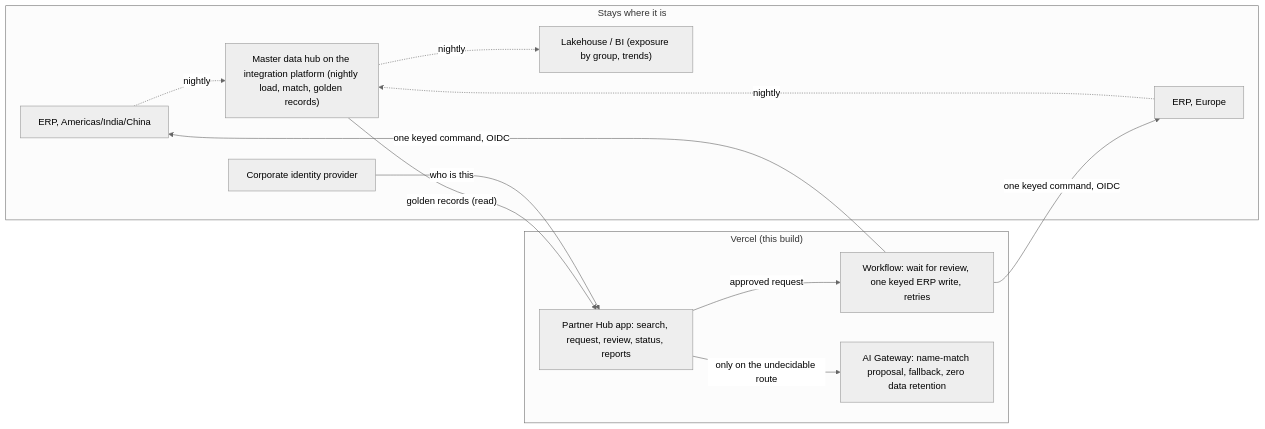
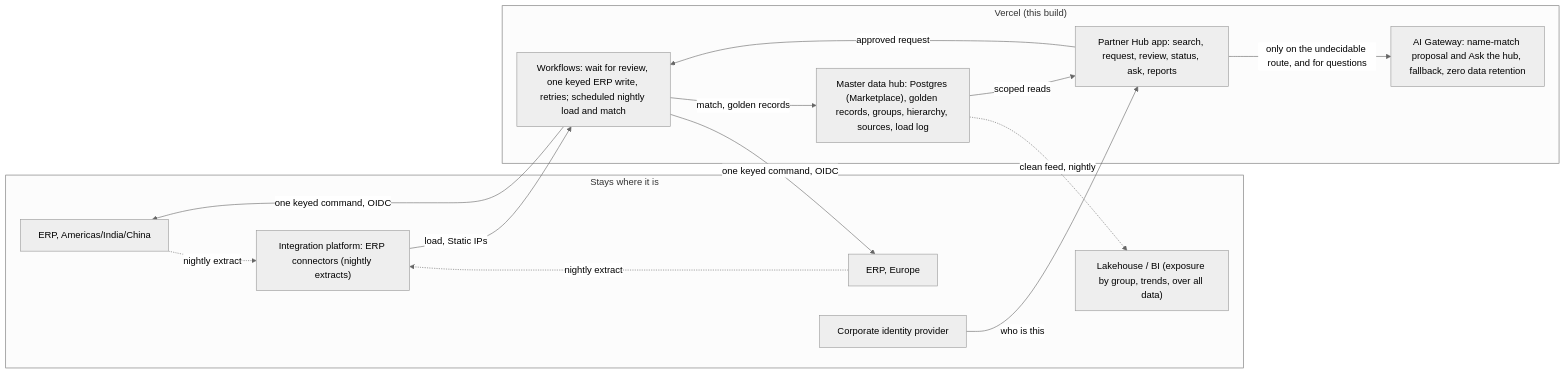
Before and after one commit to anikeitvadi/nordhammar-partner-hub: the diagram in DECISIONS.md, drawn with Mermaid (neutral theme). The commit also changed other lines of this file and 23 other files, not shown here.

First line of the commit message:
the hub is the product: generic names, the MDH boundary, reporting questions on the hub

````diff
--- a/DECISIONS.md
+++ b/DECISIONS.md
@@ -19,24 +19,27 @@
 ```mermaid
 flowchart LR
   subgraph stays["Stays where it is"]
     ERP1["ERP, Americas/India/China"]
     ERP2["ERP, Europe"]
-    HUB["Master data hub on the integration platform (nightly load, match, golden records)"]
-    LAKE["Lakehouse / BI (exposure by group, trends)"]
+    CONN["Integration platform: ERP connectors (nightly extracts)"]
+    LAKE["Lakehouse / BI (exposure by group, trends, over all data)"]
     IDP["Corporate identity provider"]
   end
   subgraph vercel["Vercel (this build)"]
-    APP["Partner Hub app: search, request, review, status, reports"]
-    WF["Workflow: wait for review, one keyed ERP write, retries"]
-    GW["AI Gateway: name-match proposal, fallback, zero data retention"]
+    APP["Partner Hub app: search, request, review, status, ask, reports"]
+    MDH["Master data hub: Postgres (Marketplace), golden records, groups, hierarchy, sources, load log"]
+    WF["Workflows: wait for review, one keyed ERP write, retries; scheduled nightly load and match"]
+    GW["AI Gateway: name-match proposal and Ask the hub, fallback, zero data retention"]
   end
-  HUB -- "golden records (read)" --> APP
+  ERP1 -. "nightly extract" .-> CONN
+  ERP2 -. "nightly extract" .-> CONN
+  CONN -- "load, Static IPs" --> WF
+  WF -- "match, golden records" --> MDH
+  MDH -- "scoped reads" --> APP
   APP -- "approved request" --> WF
   WF -- "one keyed command, OIDC" --> ERP1
   WF -- "one keyed command, OIDC" --> ERP2
-  ERP1 -. "nightly" .-> HUB
-  ERP2 -. "nightly" .-> HUB
-  HUB -. "nightly" .-> LAKE
+  MDH -. "clean feed, nightly" .-> LAKE
   IDP -- "who is this" --> APP
-  APP -- "only on the undecidable route" --> GW
+  APP -- "only on the undecidable route, and for questions" --> GW
 ```
````
